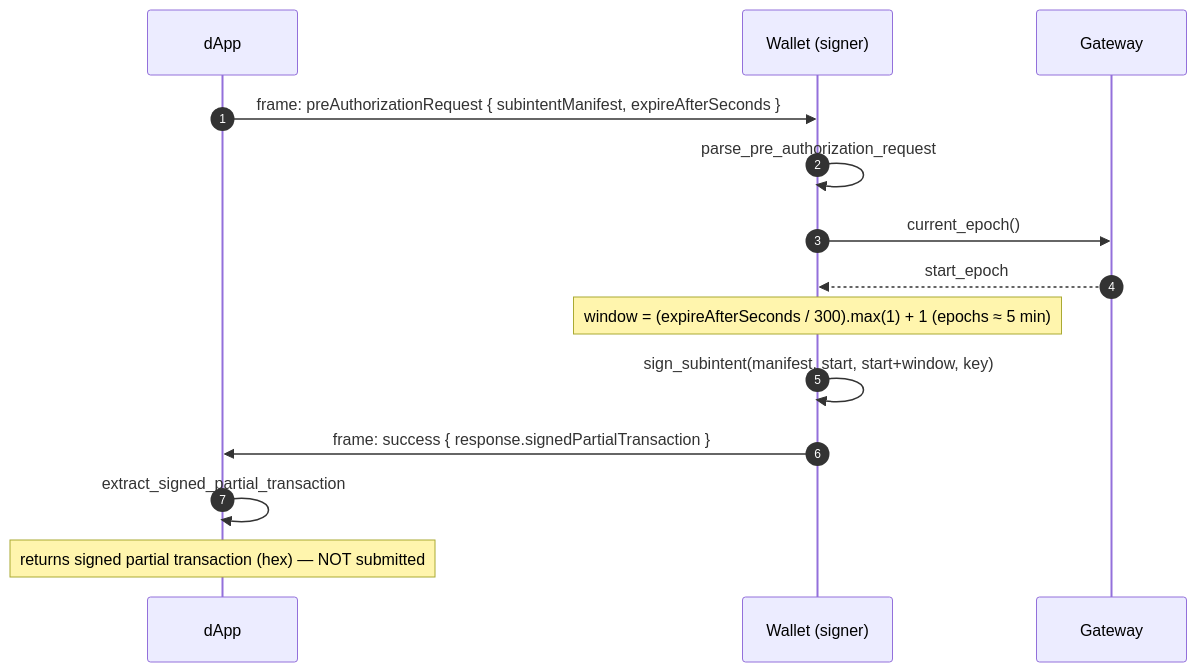
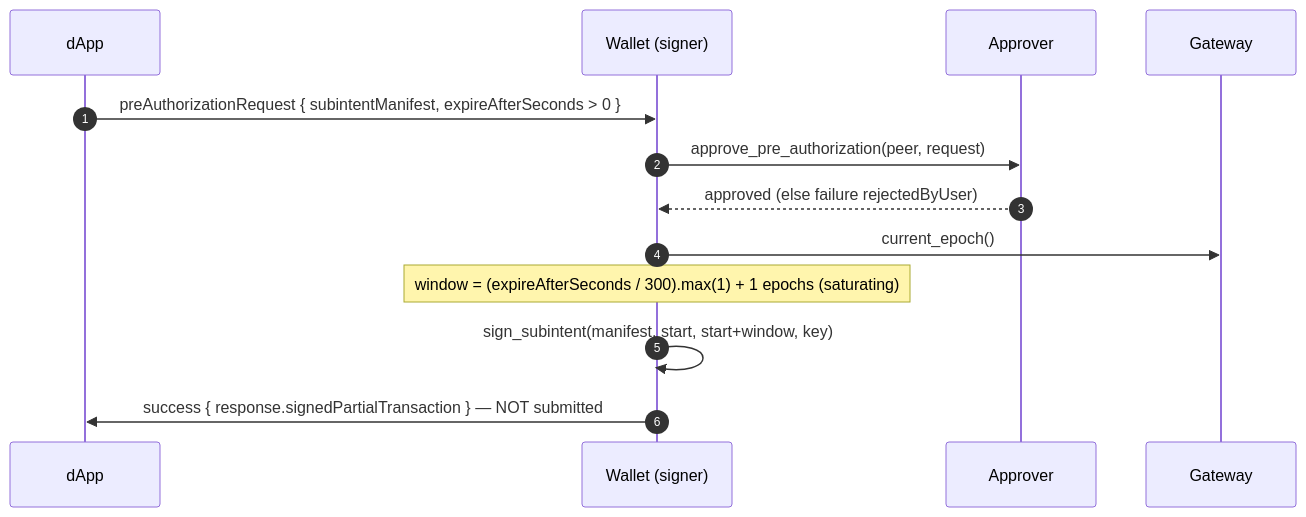
One commit to genkipool/radixdlt-rust-sdk changed the fourth of 4 diagrams in crates/connect-iroh/docs/PROTOCOL.md. Above: the diagram before and after it, drawn with Mermaid. The commit also changed other lines of this file and 13 other files, not shown here.

````diff
--- a/crates/connect-iroh/docs/PROTOCOL.md
+++ b/crates/connect-iroh/docs/PROTOCOL.md
@@ -227,17 +274,16 @@
 ```mermaid
 sequenceDiagram
     autonumber
     participant D as dApp
     participant W as Wallet (signer)
+    participant A as Approver
     participant G as Gateway
 
-    D->>W: frame: preAuthorizationRequest { subintentManifest, expireAfterSeconds }
-    W->>W: parse_pre_authorization_request
+    D->>W: preAuthorizationRequest { subintentManifest, expireAfterSeconds > 0 }
+    W->>A: approve_pre_authorization(peer, request)
+    A-->>W: approved (else failure rejectedByUser)
     W->>G: current_epoch()
-    G-->>W: start_epoch
-    Note over W: window = (expireAfterSeconds / 300).max(1) + 1  (epochs ≈ 5 min)
+    Note over W: window = (expireAfterSeconds / 300).max(1) + 1 epochs (saturating)
     W->>W: sign_subintent(manifest, start, start+window, key)
-    W->>D: frame: success { response.signedPartialTransaction }
-    D->>D: extract_signed_partial_transaction
-    Note over D: returns signed partial transaction (hex) — NOT submitted
+    W->>D: success { response.signedPartialTransaction } — NOT submitted
 ```
````
